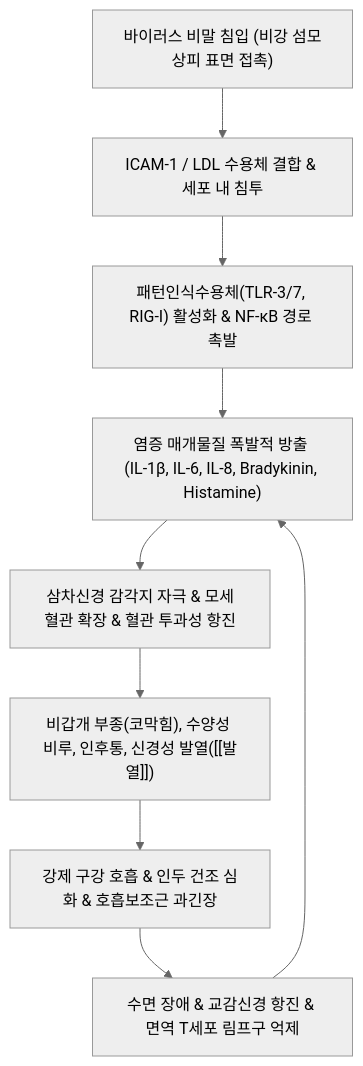
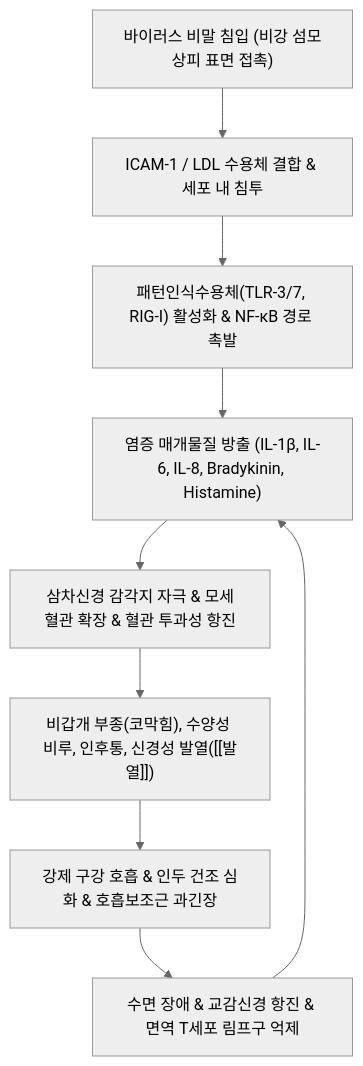
The diagram in content/3. 이론 공부/질환/호흡기 질환/기관지·폐/감모.md (simbio11/simbio-digital-garden2), drawn with Mermaid (neutral theme) before and after one commit. The commit also changed other lines of this file and 86 other files, not shown here.

````diff
--- a/content/3. 이론 공부/질환/호흡기 질환/기관지·폐/감모.md
+++ b/content/3. 이론 공부/질환/호흡기 질환/기관지·폐/감모.md
@@ -59,11 +55,11 @@
 ```mermaid
 graph TD
     Infection["바이러스 비말 침입 (비강 섬모상피 표면 접촉)"] --> ReceptorBinding["ICAM-1 / LDL 수용체 결합 & 세포 내 침투"]
     ReceptorBinding --> PRR_Activation["패턴인식수용체(TLR-3/7, RIG-I) 활성화 & NF-κB 경로 촉발"]
-    PRR_Activation --> CytokineStorm["염증 매개물질 폭발적 방출 (IL-1β, IL-6, IL-8, Bradykinin, Histamine)"]
+    PRR_Activation --> CytokineStorm["염증 매개물질 방출 (IL-1β, IL-6, IL-8, Bradykinin, Histamine)"]
     CytokineStorm --> NeuroVascular["삼차신경 감각지 자극 & 모세혈관 확장 & 혈관 투과성 항진"]
     NeuroVascular --> ClinicalSigns["비갑개 부종(코막힘), 수양성 비루, 인후통, 신경성 발열([[발열]])"]
     ClinicalSigns --> MechanicalStrain["강제 구강 호흡 & 인두 건조 심화 & 호흡보조근 과긴장"]
     MechanicalStrain --> FatigueVicious["수면 장애 & 교감신경 항진 & 면역 T세포 림프구 억제"]
     FatigueVicious --> CytokineStorm
 ```
````
